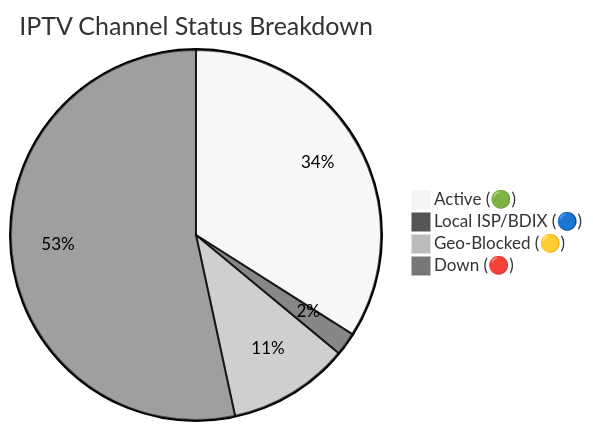
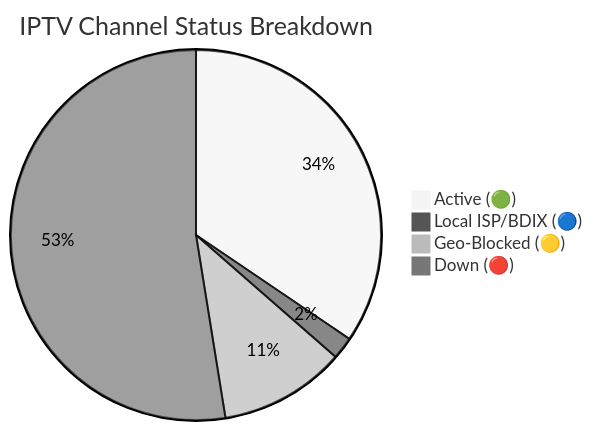
Before and after one commit to andreataylord/Ip-tv-Collection: the diagram in README.md, drawn with Mermaid (neutral theme). The commit also changed other lines of this file and 2 other files, not shown here.

````diff
--- a/README.md
+++ b/README.md
@@ -59,7 +59,7 @@
 ```mermaid
 pie title IPTV Channel Status Breakdown
-    "Active (🟢)" : 2164
+    "Active (🟢)" : 2263
     "Local ISP/BDIX (🔵)" : 128
-    "Geo-Blocked (🟡)" : 675
-    "Down (🔴)" : 3398
+    "Geo-Blocked (🟡)" : 724
+    "Down (🔴)" : 3449
 ```
````
